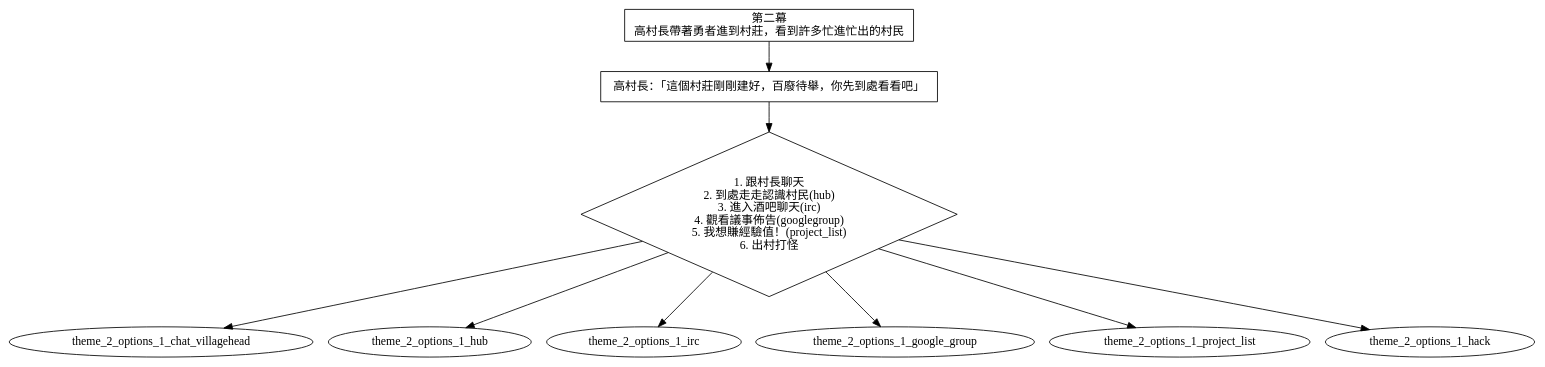
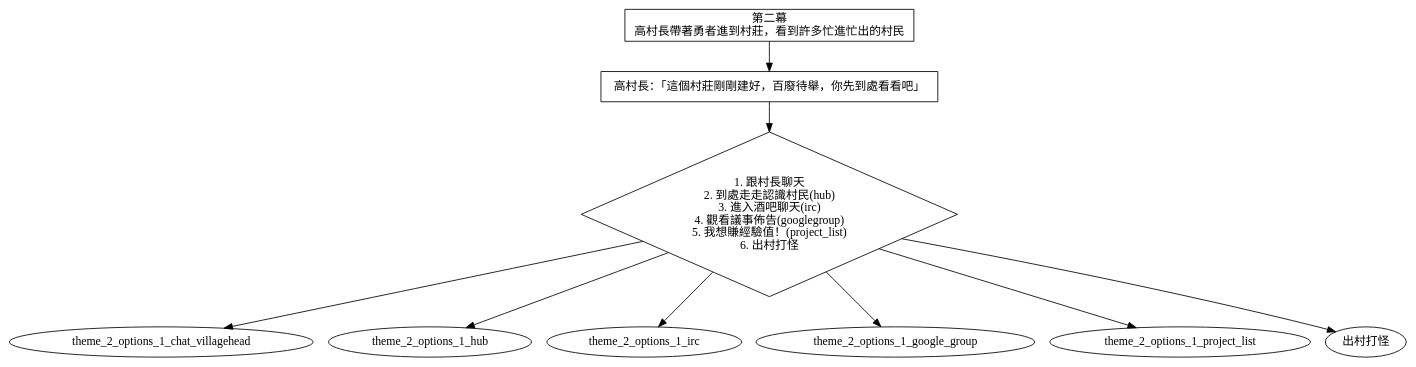
One commit to g0v/g0village changed the diagram in storyboards/theme_2.dot. Above: the diagram before and after it, drawn with Graphviz. The commit also changed 3 other files, not shown here.

Commit message:
add theme_2_options_1_hack

```diff
--- a/storyboards/theme_2.dot
+++ b/storyboards/theme_2.dot
@@ -1,18 +1,18 @@
 digraph {
-
-  theme_2_start [label="華麗的過場動畫！"]
 
   theme_2_start [shape=box, label="第二幕\n高村長帶著勇者進到村莊，看到許多忙進忙出的村民"]
   theme_2_start -> theme_2_1
 
   theme_2_1 [shape=box, label="高村長：「這個村莊剛剛建好，百廢待舉，你先到處看看吧」"]
   theme_2_1 -> theme_2_options_1
 
   theme_2_options_1 [shape=diamond, label="1. 跟村長聊天\n2. 到處走走認識村民(hub)\n3. 進入酒吧聊天(irc)\n4. 觀看議事佈告(googlegroup) \n5. 我想賺經驗值！(project_list)\n6. 出村打怪\n"]
   theme_2_options_1 -> theme_2_options_1_chat_villagehead
   theme_2_options_1 -> theme_2_options_1_hub
   theme_2_options_1 -> theme_2_options_1_irc
   theme_2_options_1 -> theme_2_options_1_google_group
   theme_2_options_1 -> theme_2_options_1_project_list
   theme_2_options_1 -> theme_2_options_1_hack
+
+  theme_2_options_1_hack [label="出村打怪"]
 }
```
